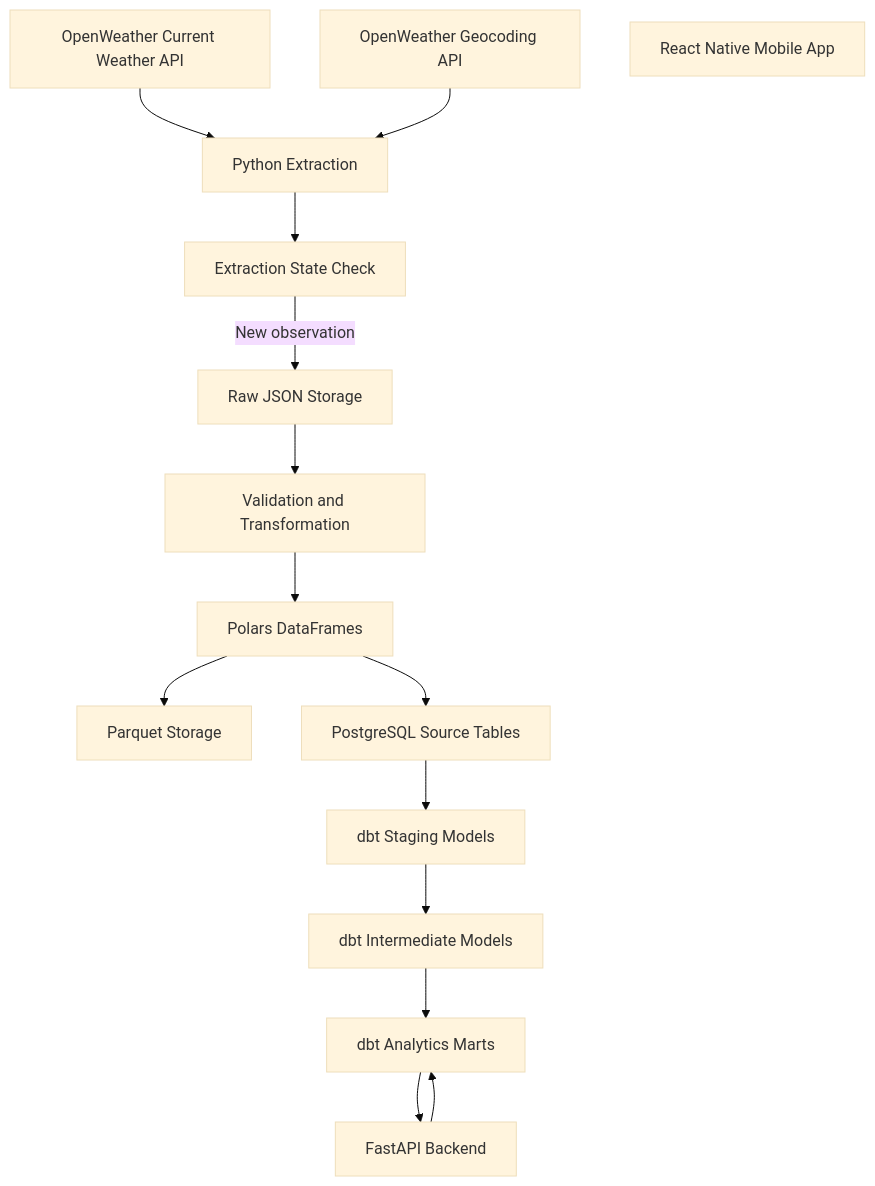
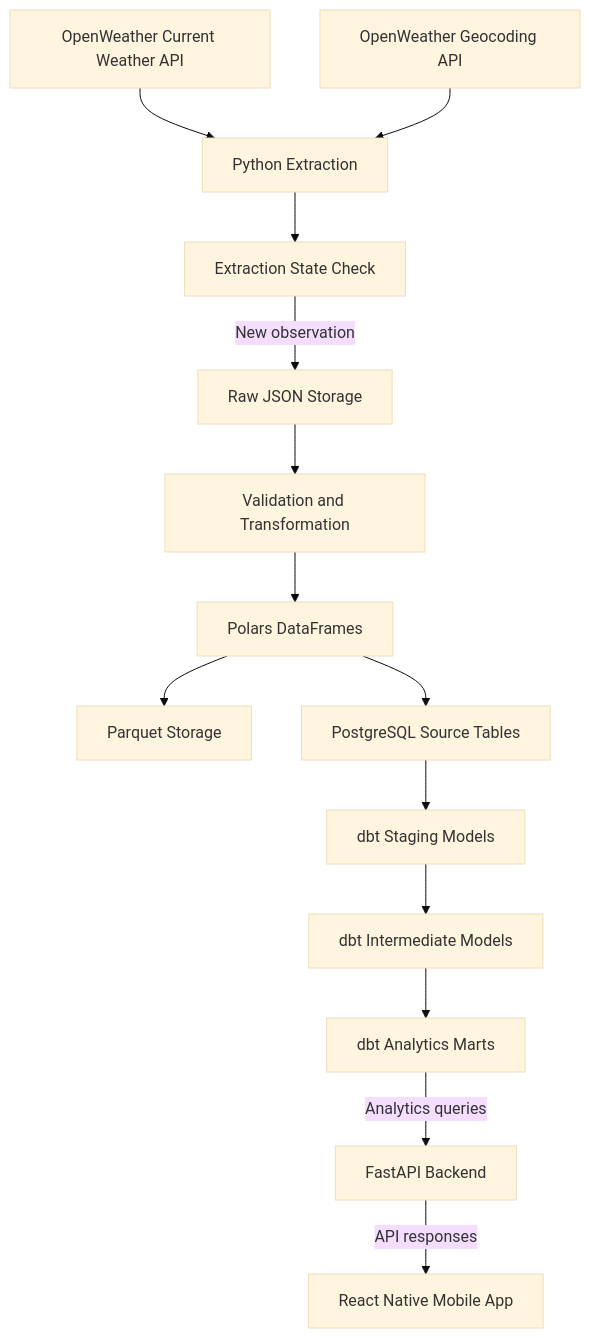
One commit to alaldwin/Weatherflow changed the diagram in README.md. Above: the diagram before and after it, drawn with Mermaid (base theme).

````diff
--- a/README.md
+++ b/README.md
@@ -45,31 +45,31 @@
 ```mermaid
 flowchart TD
     A[OpenWeather Current Weather API]
     B[OpenWeather Geocoding API]
     C[Python Extraction]
     D[Extraction State Check]
     E[Raw JSON Storage]
     F[Validation and Transformation]
     G[Polars DataFrames]
     H[Parquet Storage]
     I[PostgreSQL Source Tables]
     J[dbt Staging Models]
     K[dbt Intermediate Models]
     L[dbt Analytics Marts]
     M[FastAPI Backend]
     N[React Native Mobile App]
 
     A --> C
     B --> C
     C --> D
     D -->|New observation| E
     E --> F
     F --> G
     G --> H
     G --> I
     I --> J
     J --> K
     K --> L
-    L --> M
-    M --> L
+    L -->|Analytics queries| M
+    M -->|API responses| N
 ```
````
